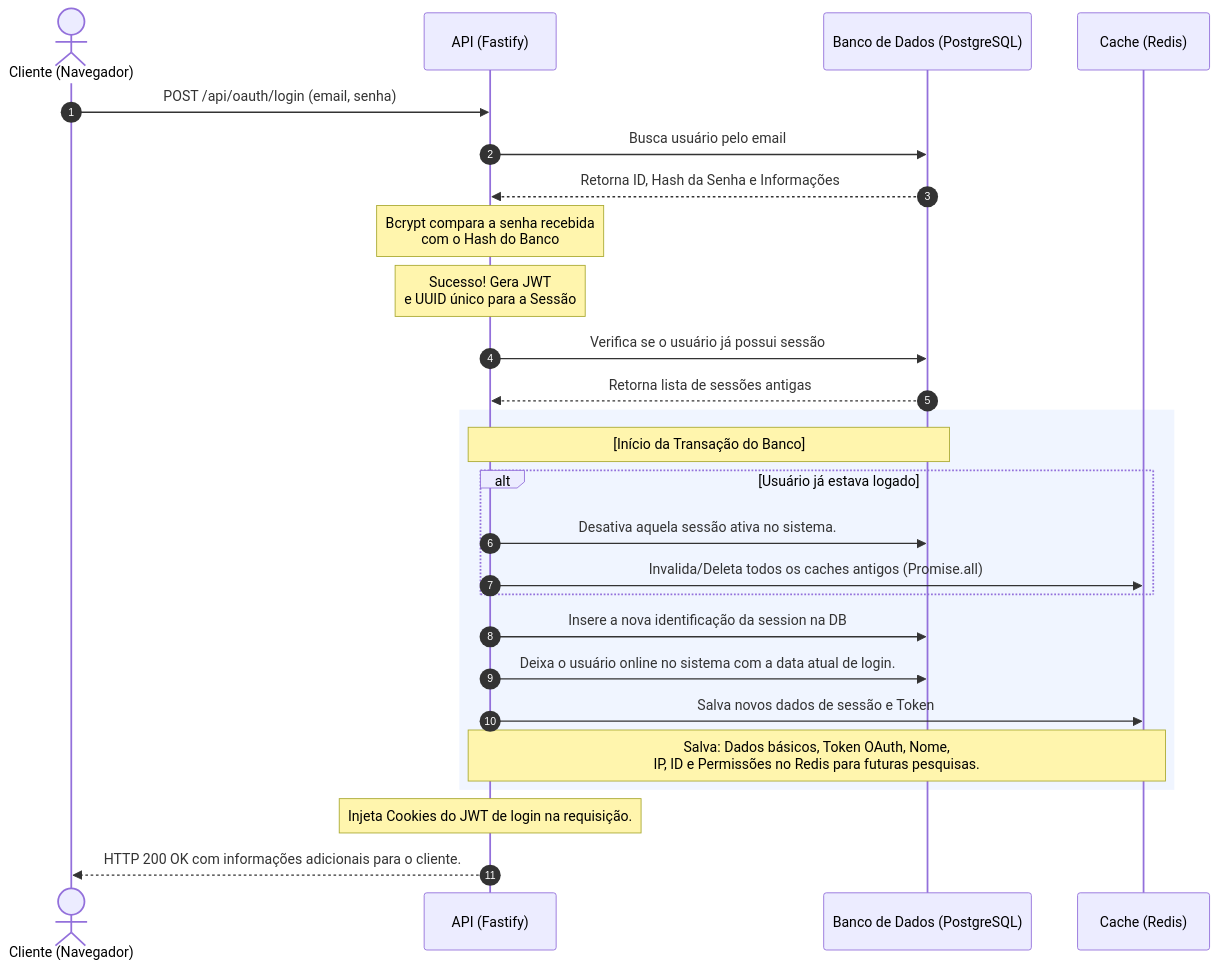
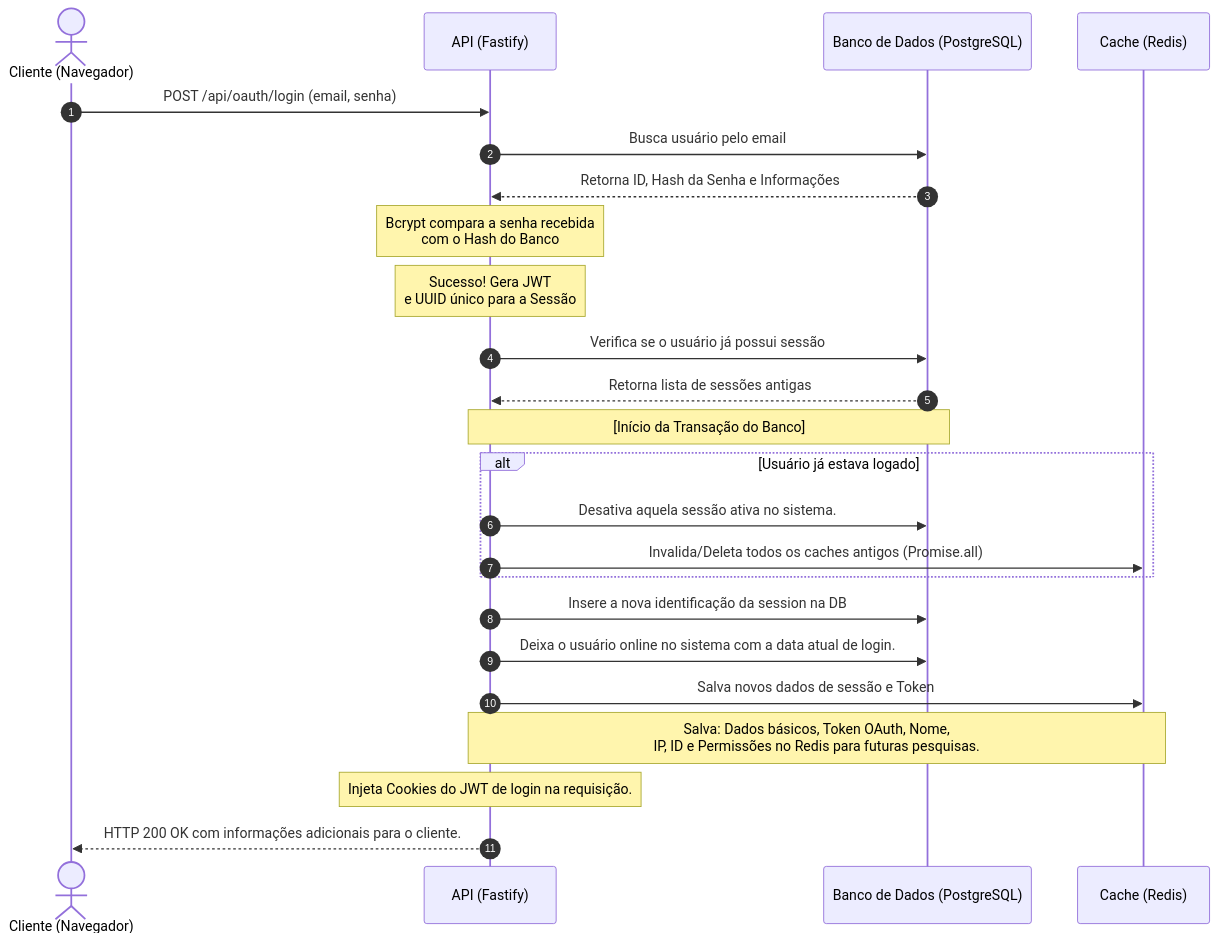
One commit to CodedBytes/Sollarium-ERP-Community-Edition changed the second of 3 diagrams in README.md. Above: the diagram before and after it, drawn with Mermaid. The commit also changed other lines of this file and 2 other files, not shown here.

````diff
--- a/README.md
+++ b/README.md
@@ -115,40 +102,38 @@
 ```mermaid
 sequenceDiagram
     autonumber
     actor Cliente as Cliente (Navegador)
     participant API as API (Fastify)
     participant DB as Banco de Dados (PostgreSQL)
     participant Redis as Cache (Redis)
 
     %% Requisição e Validação Inicial
     Cliente->>API: POST /api/oauth/login (email, senha)
     API->>DB: Busca usuário pelo email
     DB-->>API: Retorna ID, Hash da Senha e Informações
     
     Note over API: Bcrypt compara a senha recebida<br/>com o Hash do Banco
 
     %% Geração de Identificadores
     Note over API: Sucesso! Gera JWT <br/>e UUID único para a Sessão
     API->>DB: Verifica se o usuário já possui sessão
     DB-->>API: Retorna lista de sessões antigas
 
     %% Bloco Transacional (Garantia de Atomicidade)
-    rect rgb(240, 245, 255)
         Note over API, DB: [Início da Transação do Banco]
         
         alt Usuário já estava logado
             API->>DB: Desativa aquela sessão ativa no sistema.
             API->>Redis: Invalida/Deleta todos os caches antigos (Promise.all)
         end
 
         API->>DB: Insere a nova identificação da session na DB
         API->>DB: Deixa o usuário online no sistema com a data atual de login.
         
         API->>Redis: Salva novos dados de sessão e Token
         Note over API, Redis: Salva: Dados básicos, Token OAuth, Nome,<br/>IP, ID e Permissões no Redis para futuras pesquisas.
-    end
 
     %% 4. Finalização da Resposta
     Note over API: Injeta Cookies do JWT de login na requisição.
     API-->>Cliente: HTTP 200 OK com informações adicionais para o cliente.
 ```
````
